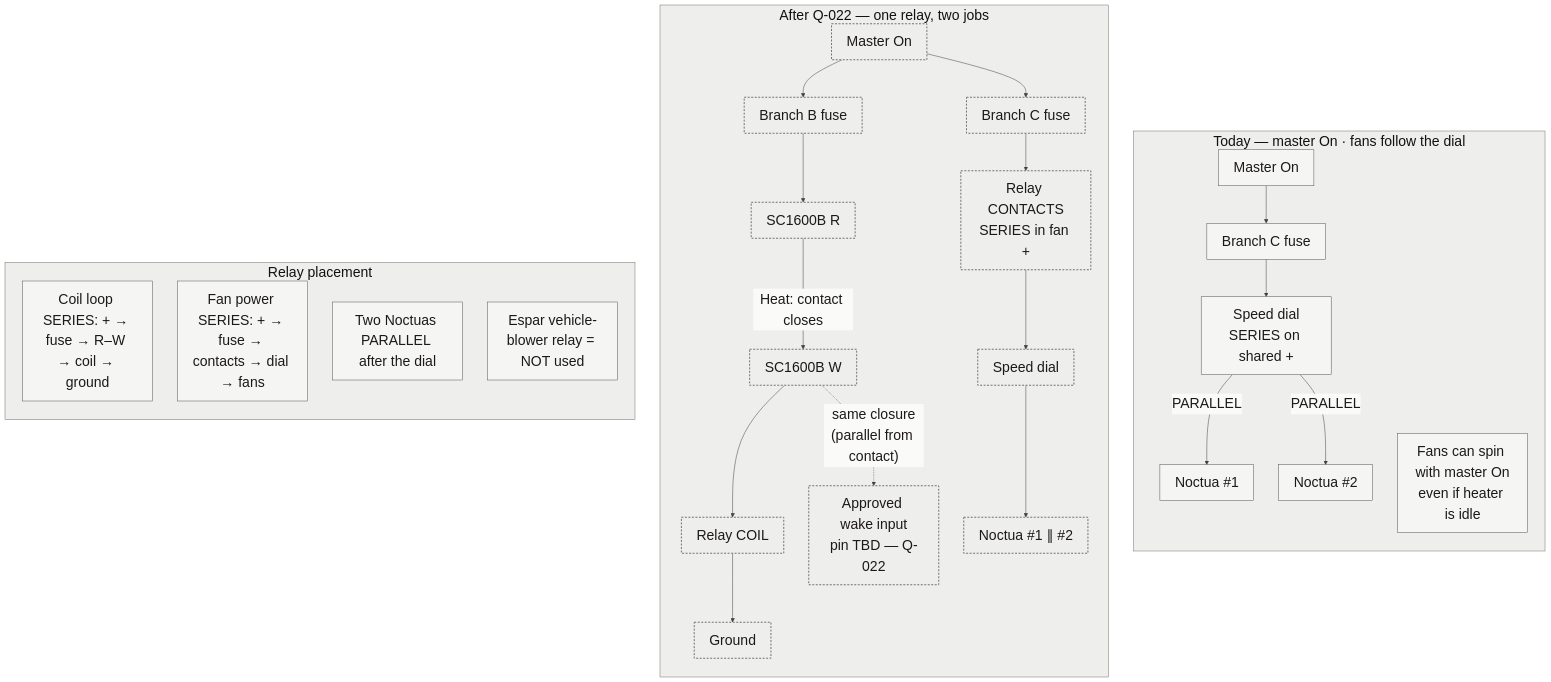
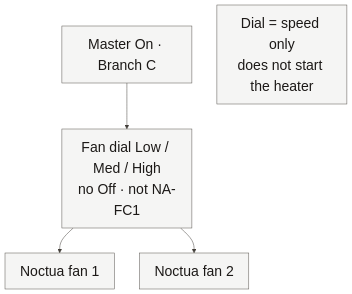
Before and after one commit to benracine/sprinter-heat: the diagram in book/diagrams/electrical-fans.mmd, drawn with Mermaid. The commit also changed 23 other files, not shown here.

```diff
--- a/book/diagrams/electrical-fans.mmd
+++ b/book/diagrams/electrical-fans.mmd
@@ -1,48 +1,13 @@
 %%{init: {'theme':'base','themeVariables': {'background':'#fafaf9','primaryColor':'#f5f5f4','primaryTextColor':'#1c1917','primaryBorderColor':'#57534e','lineColor':'#44403c','secondaryColor':'#e7e5e4','tertiaryColor':'#eeeeec','fontFamily':'Avenir Next, Avenir, Helvetica Neue, sans-serif','fontSize':'28px','textColor':'#1c1917','mainBkg':'#f5f5f4','clusterBkg':'#eeeeec','clusterBorder':'#78716c','edgeLabelBackground':'#fafaf9'}}}%%
 flowchart TB
-  subgraph now["Today — master On · fans follow the dial"]
-    direction TB
-    MC["Master On"]
-    FC["Branch C fuse"]
-    DIAL["Speed dial<br/>SERIES on shared +"]
-    N1["Noctua #1"]
-    N2["Noctua #2"]
-    MC --> FC --> DIAL
-    DIAL -->|"PARALLEL"| N1
-    DIAL -->|"PARALLEL"| N2
-    NOTE["Fans can spin with master On<br/>even if heater is idle"]
-  end
-
-  subgraph later["After Q-022 — one relay, two jobs"]
-    direction TB
-    MB["Master On"]
-    FB["Branch B fuse"]
-    R["SC1600B R"]
-    W["SC1600B W"]
-    COIL["Relay COIL"]
-    GND["Ground"]
-    FC2["Branch C fuse"]
-    CONT["Relay CONTACTS<br/>SERIES in fan +"]
-    DIAL2["Speed dial"]
-    NP["Noctua #1 ∥ #2"]
-    WAKE["Approved wake input<br/>pin TBD — Q-022"]
-
-    MB --> FB --> R
-    R -->|"Heat: contact closes"| W
-    W --> COIL --> GND
-    W -.->|"same closure<br/>(parallel from contact)"| WAKE
-    MB --> FC2 --> CONT --> DIAL2 --> NP
-  end
-
-  subgraph topo["Relay placement"]
-    direction TB
-    R1["Coil loop SERIES: + → fuse → R–W → coil → ground"]
-    R2["Fan power SERIES: + → fuse → contacts → dial → fans"]
-    R3["Two Noctuas PARALLEL after the dial"]
-    R4["Espar vehicle-blower relay = NOT used"]
-  end
+  C["Master On · Branch C"]
+  D["Fan dial Low / Med / High<br/>no Off · not NA-FC1"]
+  F1["Noctua fan 1"]
+  F2["Noctua fan 2"]
+  C --> D
+  D --> F1
+  D --> F2
+  N["Dial = speed only<br/>does not start the heater"]
 
   classDef solid fill:#f5f5f4,stroke:#57534e,stroke-width:1px,color:#1c1917;
-  classDef open fill:#eeeeec,stroke:#78716c,stroke-width:2px,stroke-dasharray:4 3,color:#1c1917;
-  class MC,FC,DIAL,N1,N2,NOTE solid;
-  class MB,FB,R,W,COIL,GND,FC2,CONT,DIAL2,NP,WAKE open;
+  class C,D,F1,F2,N solid;
```
